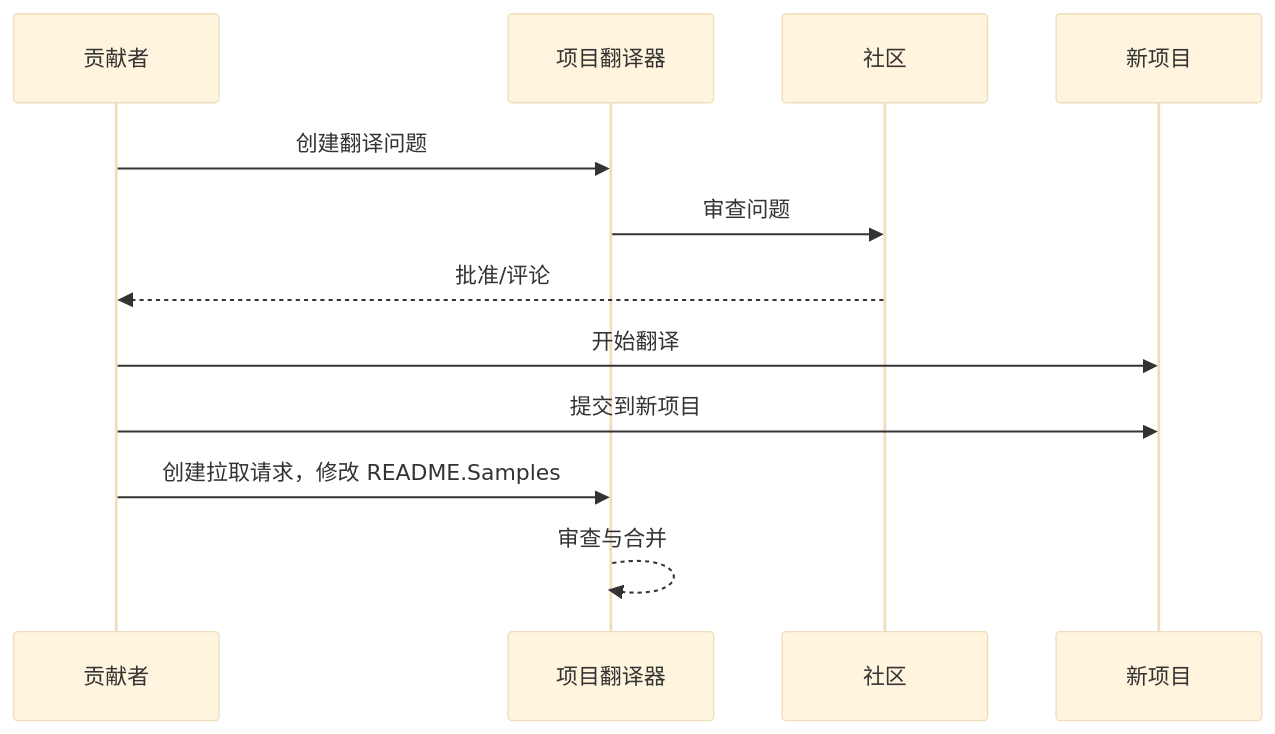
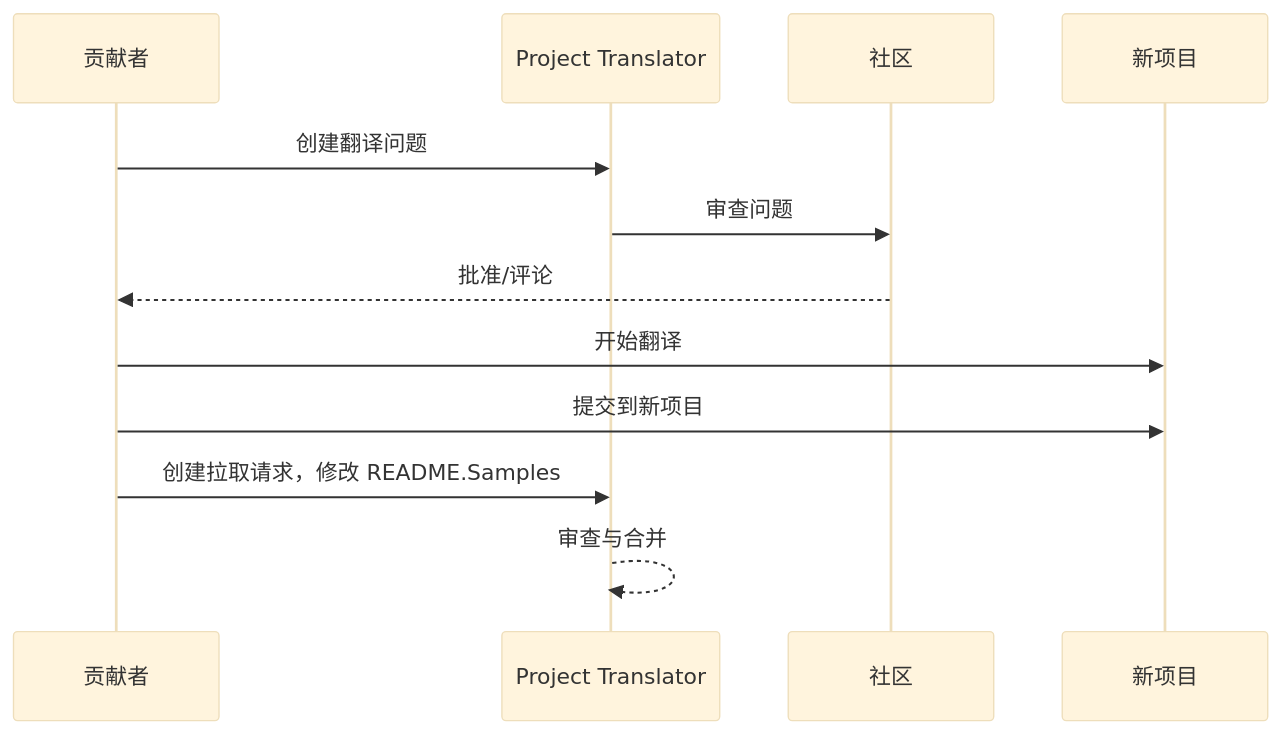
Before and after one commit to Project-Translation/project_translator: the diagram in readmes/README.zh-cn.md, drawn with Mermaid (base theme). The commit also changed other lines of this file and 22 other files, not shown here.

````diff
--- a/readmes/README.zh-cn.md
+++ b/readmes/README.zh-cn.md
@@ -62,10 +62,10 @@
 ```mermaid
 sequenceDiagram
-  贡献者->>项目翻译器: 创建翻译问题
-  项目翻译器->>社区: 审查问题
+  贡献者->>Project Translator: 创建翻译问题
+  Project Translator->>社区: 审查问题
   社区-->>贡献者: 批准/评论
   贡献者->>新项目: 开始翻译
   贡献者->>新项目: 提交到新项目
-  贡献者->>项目翻译器: 创建拉取请求，修改 README.Samples
-  项目翻译器-->>项目翻译器: 审查与合并
+  贡献者->>Project Translator: 创建拉取请求，修改 README.Samples
+  Project Translator-->>Project Translator: 审查与合并
 ```
````
